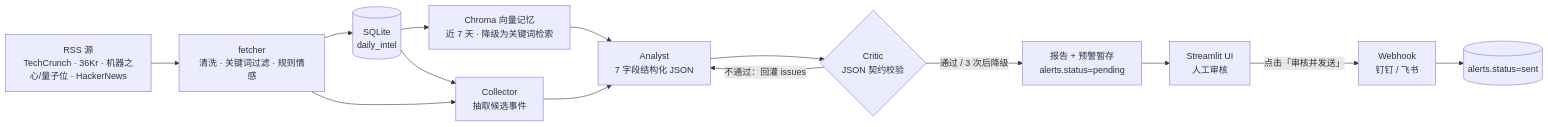
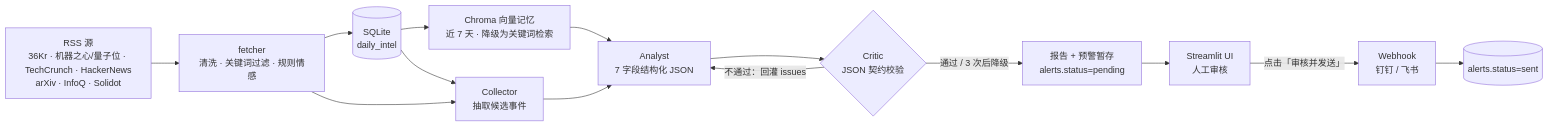
The diagram in README.md (karry0616/AI-Pulse), drawn with Mermaid before and after one commit. The commit also changed other lines of this file and 18 other files, not shown here.

````diff
--- a/README.md
+++ b/README.md
@@ -11,16 +11,16 @@
 ```mermaid
 flowchart LR
-    A["RSS 源<br/>TechCrunch · 36Kr · 机器之心/量子位 · HackerNews"] --> B["fetcher<br/>清洗 · 关键词过滤 · 规则情感"]
+    A["RSS 源<br/>36Kr · 机器之心/量子位 · TechCrunch · HackerNews<br/>arXiv · InfoQ · Solidot"] --> B["fetcher<br/>清洗 · 关键词过滤 · 规则情感"]
     B --> C[("SQLite<br/>daily_intel")]
     C --> D["Chroma 向量记忆<br/>近 7 天 · 降级为关键词检索"]
     C --> E
     B --> E["Collector<br/>抽取候选事件"]
     E --> F["Analyst<br/>7 字段结构化 JSON"]
     F --> G{"Critic<br/>JSON 契约校验"}
     G -- 不通过：回灌 issues --> F
     G -- 通过 / 3 次后降级 --> H["报告 + 预警暂存<br/>alerts.status=pending"]
     D --> F
     H --> I["Streamlit UI<br/>人工审核"]
     I -- 点击「审核并发送」 --> J["Webhook<br/>钉钉 / 飞书"]
     J --> K[("alerts.status=sent")]
 ```
````
